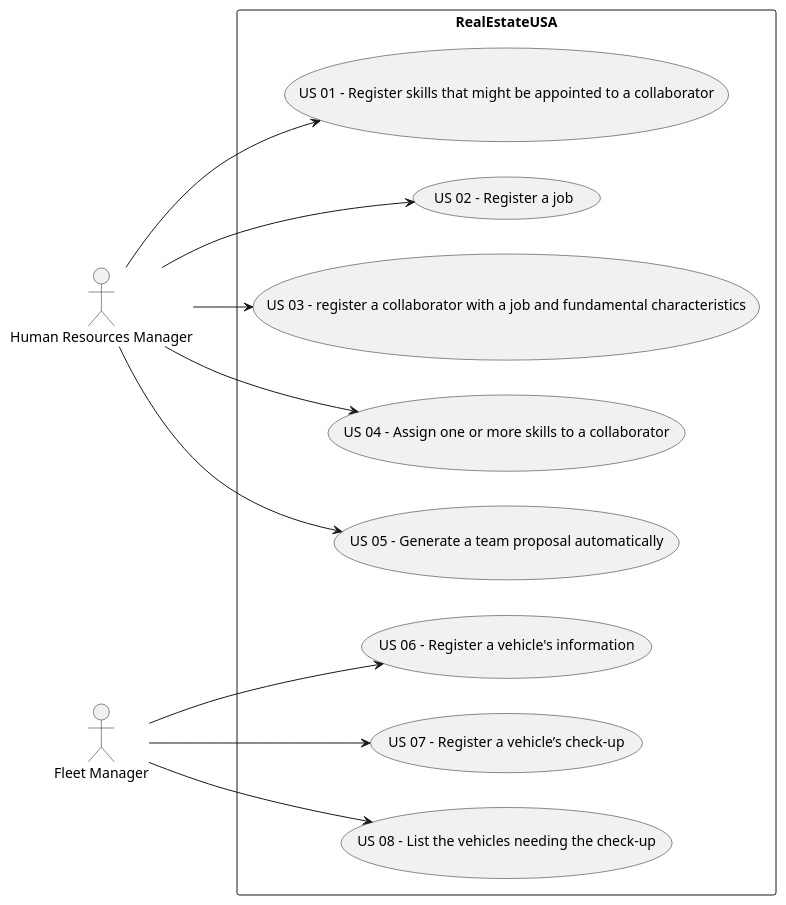
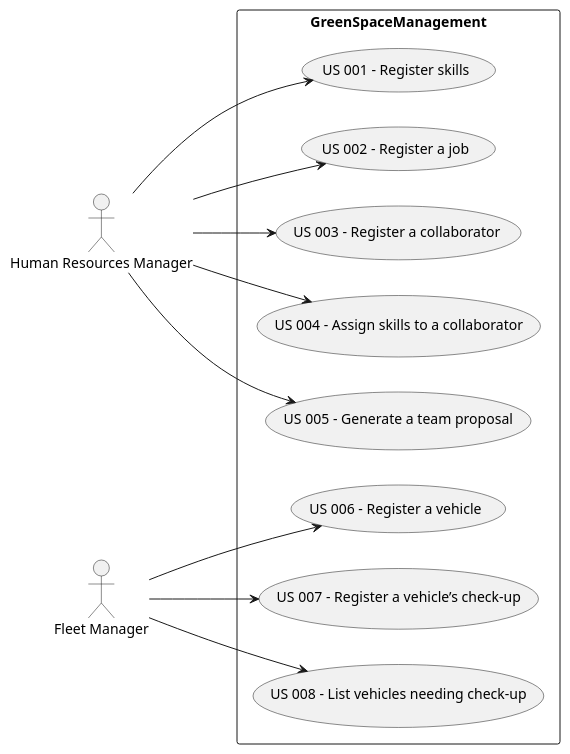
Before and after one commit to Departamento-de-Engenharia-Informatica/lei-24-s2-1dm-g132: the diagram in docs/sprintA/global-artifacts/01.requirements-engineering/puml/use-case-diagram.puml, drawn with PlantUML. The commit also changed 1 other file, not shown here.

Commit message:
Use case diagram update and US003 correction.

```diff
--- a/docs/sprintA/global-artifacts/01.requirements-engineering/puml/use-case-diagram.puml
+++ b/docs/sprintA/global-artifacts/01.requirements-engineering/puml/use-case-diagram.puml
@@ -1,21 +1,20 @@
 @startuml
 
 left to right direction
 
 actor "Human Resources Manager" as HRM
 actor "Fleet Manager" as FM
 
 
-rectangle RealEstateUSA {
-  HRM --> (US 01 - Register skills that might be appointed to a collaborator)
-  HRM --> (US 02 - Register a job)
-  HRM --> (US 03 - register a collaborator with a job and fundamental characteristics)
-  HRM --> (US 04 - Assign one or more skills to a collaborator)
-  HRM --> (US 05 - Generate a team proposal automatically)
-  FM --> (US 06 - Register a vehicle's information)
-  FM --> (US 07 - Register a vehicle’s check-up)
-  FM --> (US 08 - List the vehicles needing the check-up)
-
+rectangle GreenSpaceManagement {
+  HRM --> (US 001 - Register skills)
+  HRM --> (US 002 - Register a job)
+  HRM --> (US 003 - Register a collaborator)
+  HRM --> (US 004 - Assign skills to a collaborator)
+  HRM --> (US 005 - Generate a team proposal)
+  FM --> (US 006 - Register a vehicle)
+  FM --> (US 007 - Register a vehicle’s check-up)
+  FM --> (US 008 - List vehicles needing check-up)
 }
 
 @enduml
```
